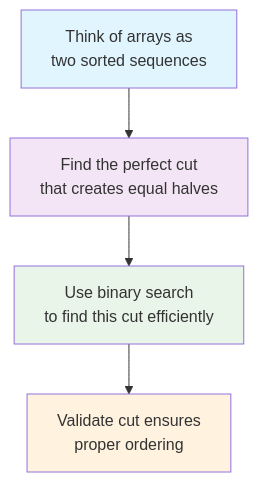
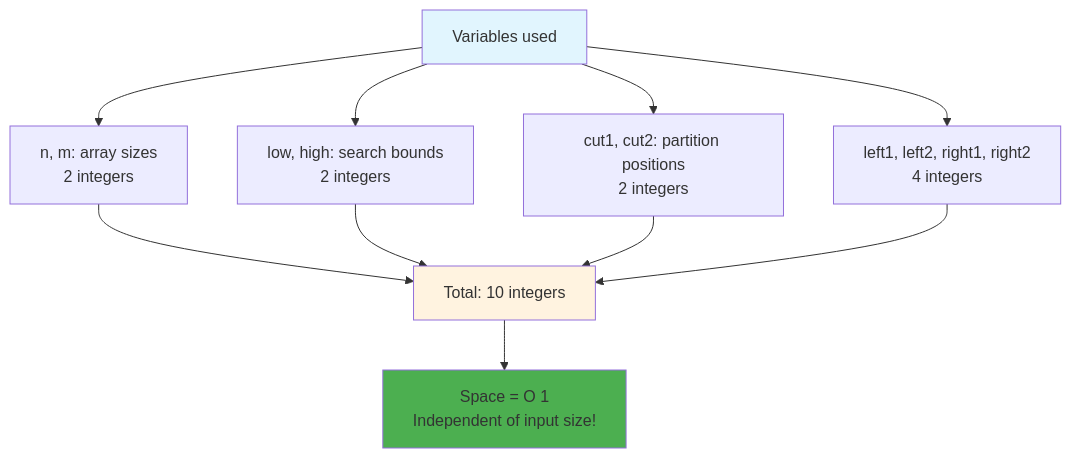
Before and after one commit to LuckyLongre123/DSA_CPP: diagram 18 of 25 in Day_043/README.md, drawn with Mermaid. The commit also changed other lines of this file and 10 other files, not shown here.

````diff
--- a/Day_043/README.md
+++ b/Day_043/README.md
@@ -550,11 +856,18 @@
 ```mermaid
-graph TD
-    A[Think of arrays as<br/>two sorted sequences] --> B[Find the perfect cut<br/>that creates equal halves]
-    B --> C[Use binary search<br/>to find this cut efficiently]
-    C --> D[Validate cut ensures<br/>proper ordering]
+flowchart TD
+    A["Variables used"] --> B["n, m: array sizes<br/>2 integers"]
+    A --> C["low, high: search bounds<br/>2 integers"]
+    A --> D["cut1, cut2: partition positions<br/>2 integers"]
+    A --> E["left1, left2, right1, right2<br/>4 integers"]
+    
+    B --> F["Total: 10 integers"]
+    C --> F
+    D --> F
+    E --> F
+    
+    F --> G["Space = O 1<br/>Independent of input size!"]
     
     style A fill:#e1f5fe
-    style B fill:#f3e5f5
-    style C fill:#e8f5e8
-    style D fill:#fff3e0
+    style F fill:#fff3e0
+    style G fill:#4caf50
 ```
````
